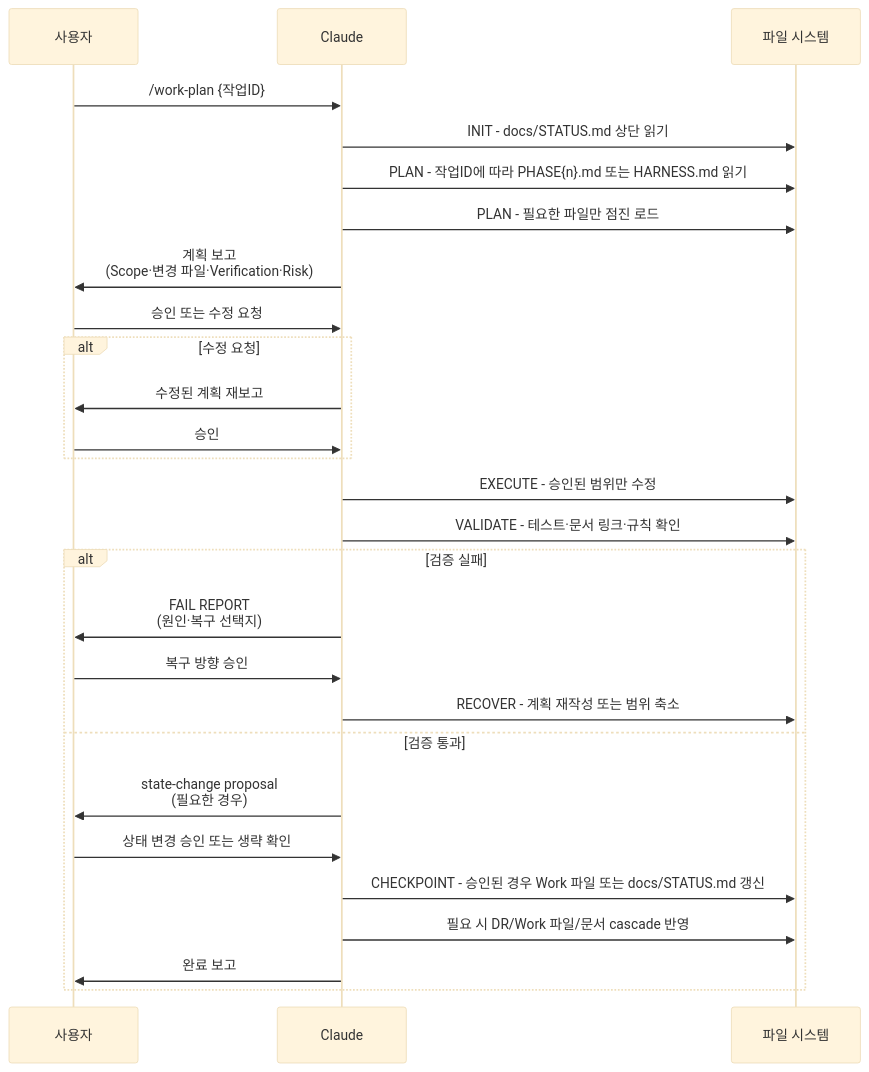
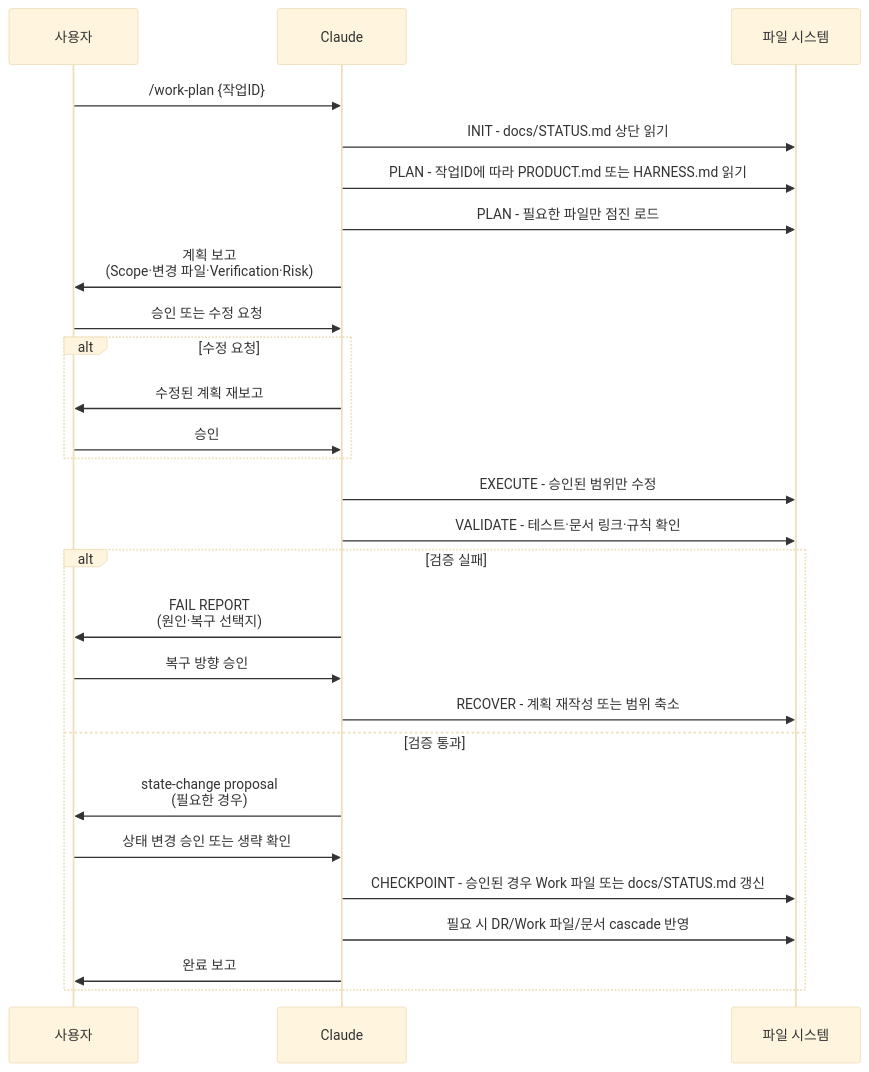
Before and after one commit to kyungseo/ai-workflow-harness: the fifth of 8 diagrams in docs/WORKFLOW-MANUAL.md, drawn with Mermaid (base theme). The commit also changed other lines of this file and 35 other files, not shown here.

First line of the commit message:
refactor: Product track 네이밍 PHASE{n}→PRODUCT 대칭 전환 + phase optional (DR-031, CHORE-20260609-005) (#120)

````diff
--- a/docs/WORKFLOW-MANUAL.md
+++ b/docs/WORKFLOW-MANUAL.md
@@ -351,33 +351,33 @@
 ```mermaid
 sequenceDiagram
     participant U as 사용자
     participant C as Claude
     participant F as 파일 시스템
 
     U->>C: /work-plan {작업ID}
     C->>F: INIT - docs/STATUS.md 상단 읽기
-    C->>F: PLAN - 작업ID에 따라 PHASE{n}.md 또는 HARNESS.md 읽기
+    C->>F: PLAN - 작업ID에 따라 PRODUCT.md 또는 HARNESS.md 읽기
     C->>F: PLAN - 필요한 파일만 점진 로드
     C->>U: 계획 보고<br/>(Scope·변경 파일·Verification·Risk)
     U->>C: 승인 또는 수정 요청
 
     alt 수정 요청
         C->>U: 수정된 계획 재보고
         U->>C: 승인
     end
 
     C->>F: EXECUTE - 승인된 범위만 수정
     C->>F: VALIDATE - 테스트·문서 링크·규칙 확인
 
     alt 검증 실패
         C->>U: FAIL REPORT<br/>(원인·복구 선택지)
         U->>C: 복구 방향 승인
         C->>F: RECOVER - 계획 재작성 또는 범위 축소
     else 검증 통과
         C->>U: state-change proposal<br/>(필요한 경우)
         U->>C: 상태 변경 승인 또는 생략 확인
         C->>F: CHECKPOINT - 승인된 경우 Work 파일 또는 docs/STATUS.md 갱신
         C->>F: 필요 시 DR/Work 파일/문서 cascade 반영
         C->>U: 완료 보고
     end
 ```
````
